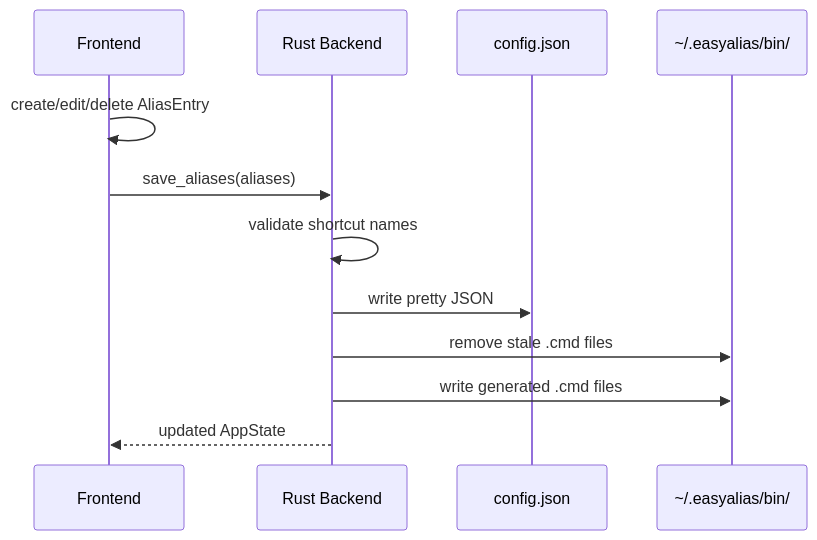
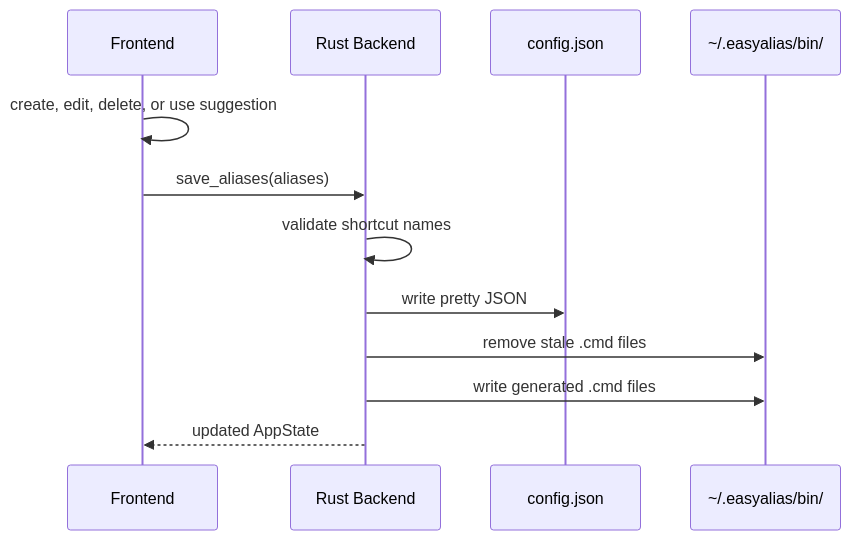
One commit to hannesgnann-hub/easyalias changed the seventh of 8 diagrams in windows_src_store/docs/ARCHITECTURE.md. Above: the diagram before and after it, drawn with Mermaid. The commit also changed other lines of this file and 16 other files, not shown here.

````diff
--- a/windows_src_store/docs/ARCHITECTURE.md
+++ b/windows_src_store/docs/ARCHITECTURE.md
@@ -243,15 +247,15 @@
 ```mermaid
 sequenceDiagram
   participant UI as Frontend
   participant Rust as Rust Backend
   participant Config as config.json
   participant Bin as ~/.easyalias/bin/
 
-  UI->>UI: create/edit/delete AliasEntry
+  UI->>UI: create, edit, delete, or use suggestion
   UI->>Rust: save_aliases(aliases)
   Rust->>Rust: validate shortcut names
   Rust->>Config: write pretty JSON
   Rust->>Bin: remove stale .cmd files
   Rust->>Bin: write generated .cmd files
   Rust-->>UI: updated AppState
 ```
````
